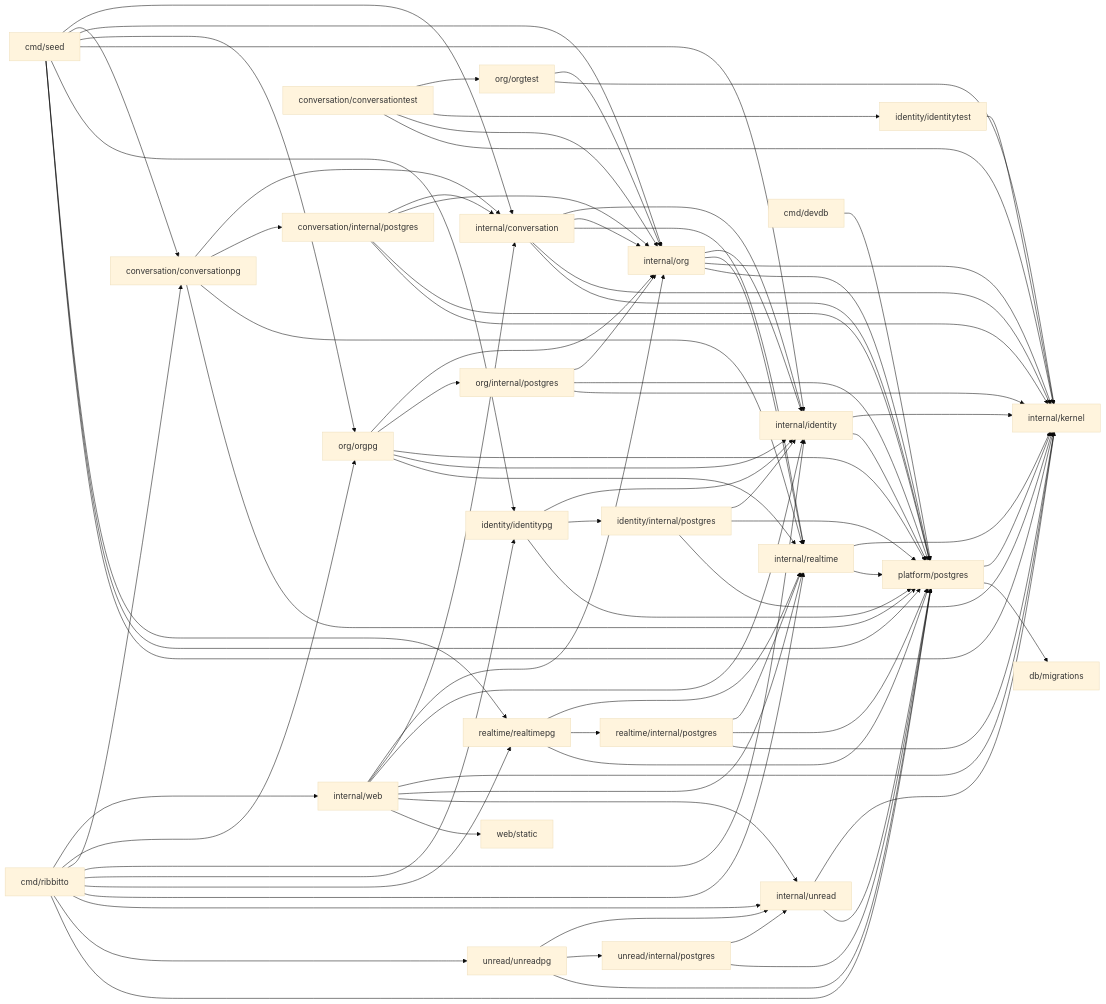
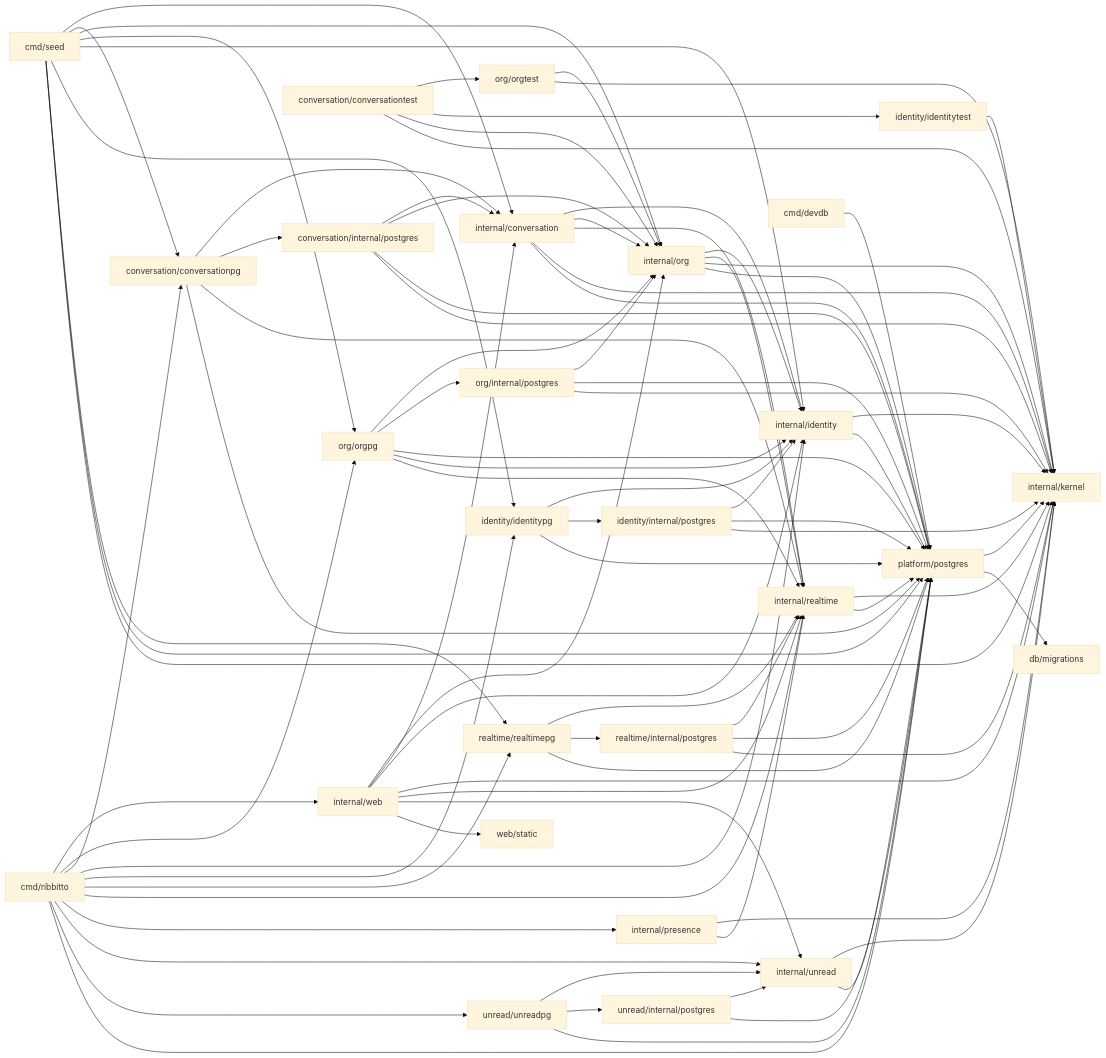
One commit to tkakkie/ribbitto changed the diagram in docs/architecture/packages.md. Above: the diagram before and after it, drawn with Mermaid (base theme). The commit also changed other lines of this file and 17 other files, not shown here.

````diff
--- a/docs/architecture/packages.md
+++ b/docs/architecture/packages.md
@@ -43,26 +44,27 @@
 ```mermaid
 flowchart LR
-  cmd[cmd/ribbitto] --> web & orgpg[org/orgpg] & conversationpg[conversation/conversationpg] & identity & identitypg[identity/identitypg] & realtimepg & realtime & unread & unreadpg & platform[platform/postgres]
+  cmd[cmd/ribbitto] --> web & orgpg[org/orgpg] & conversationpg[conversation/conversationpg] & identity & identitypg[identity/identitypg] & realtimepg & realtime & presence & unread & unreadpg & platform[platform/postgres]
   seed[cmd/seed] --> conversation & conversationpg & org & orgpg & identity & identitypg & realtimepg & platform & kernel
   devdb[cmd/devdb] --> platform
   web[internal/web] --> org & conversation & identity & kernel & realtime & unread & static[web/static]
   conversationpg --> conversation[internal/conversation] & cstore[conversation/internal/postgres] & realtime & platform
   conversation --> identity & org & realtime & kernel & platform
   cstore --> conversation & org & platform & kernel
   conversationtest[conversation/conversationtest] --> orgtest[org/orgtest] & identitytest[identity/identitytest] & org & kernel
   orgtest --> org & kernel
   identitytest --> kernel
   realtime[internal/realtime] --> kernel & platform
   realtimepg[realtime/realtimepg] --> realtime & rstore[realtime/internal/postgres] & platform
   rstore --> realtime & platform & kernel
   org[internal/org] --> identity & realtime & kernel & platform
   orgpg --> org & ostore[org/internal/postgres] & platform & identity & realtime
   ostore --> org & platform & kernel
   identity[internal/identity] --> kernel & platform
   identitypg --> identity & store[identity/internal/postgres] & platform
   store --> identity & platform & kernel
+  presence[internal/presence] --> kernel & realtime
   unread[internal/unread] --> kernel & platform
   unreadpg[unread/unreadpg] --> unread & ustore[unread/internal/postgres] & platform
   ustore --> unread & platform
   platform --> kernel[internal/kernel] & migrations[db/migrations]
 ```
````
